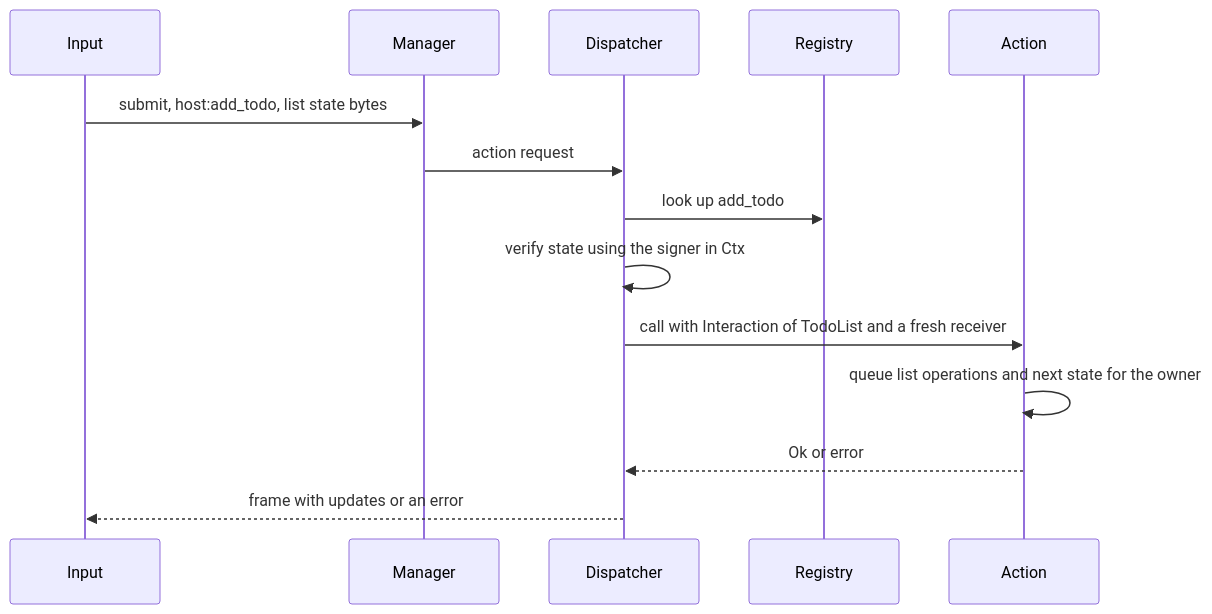
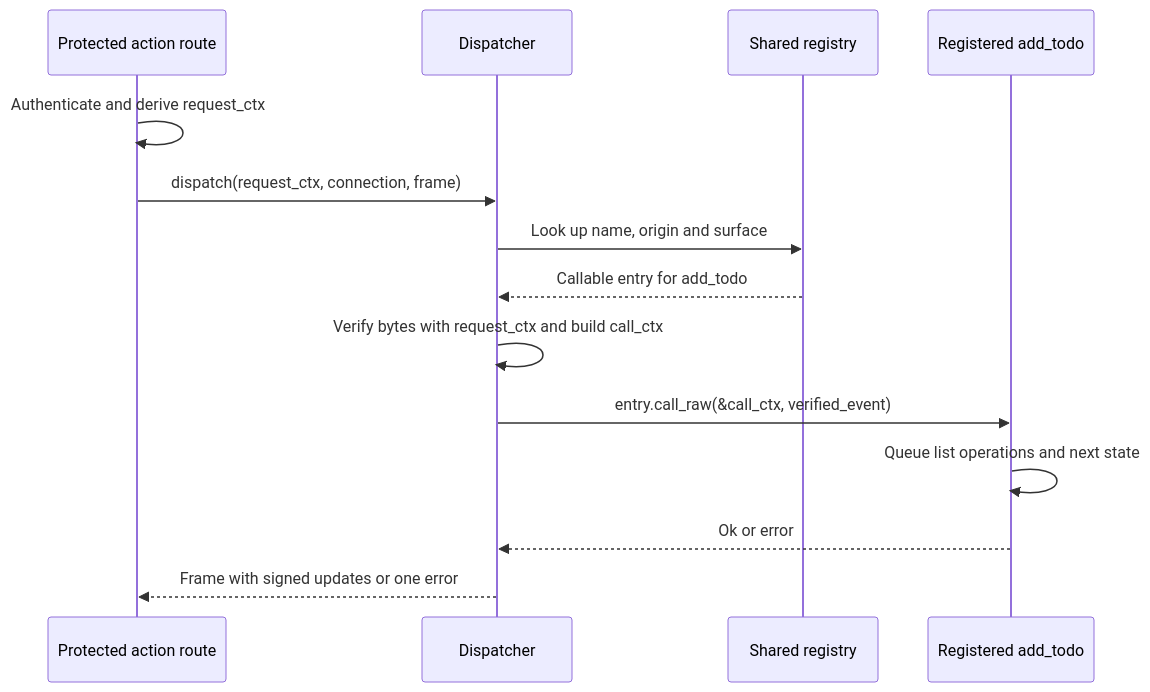
The diagram in specifications/69-foundation-ui-v2/features/05-action-runtime/feature.md (ewe-studios/ewe_platform), drawn with Mermaid before and after one commit. The commit also changed other lines of this file and 4 other files, not shown here.

Commit message:
Trace authenticated context setup through rendering and action dispatch

````diff
--- a/specifications/69-foundation-ui-v2/features/05-action-runtime/feature.md
+++ b/specifications/69-foundation-ui-v2/features/05-action-runtime/feature.md
@@ -136,16 +154,16 @@
 ```mermaid
 sequenceDiagram
-    participant Input
-    participant Manager
-    participant Dispatcher
-    participant Registry
-    participant Action
-    Input->>Manager: submit, host:add_todo, list state bytes
-    Manager->>Dispatcher: action request
-    Dispatcher->>Registry: look up add_todo
-    Dispatcher->>Dispatcher: verify state using the signer in Ctx
-    Dispatcher->>Action: call with Interaction of TodoList and a fresh receiver
-    Action->>Action: queue list operations and next state for the owner
-    Action-->>Dispatcher: Ok or error
-    Dispatcher-->>Input: frame with updates or an error
+    participant Route as Protected action route
+    participant D as Dispatcher
+    participant R as Shared registry
+    participant A as Registered add_todo
+    Route->>Route: Authenticate and derive request_ctx
+    Route->>D: dispatch(request_ctx, connection, frame)
+    D->>R: Look up name, origin and surface
+    R-->>D: Callable entry for add_todo
+    D->>D: Verify bytes with request_ctx and build call_ctx
+    D->>A: entry.call_raw(&call_ctx, verified_event)
+    A->>A: Queue list operations and next state
+    A-->>D: Ok or error
+    D-->>Route: Frame with signed updates or one error
 ```
````
